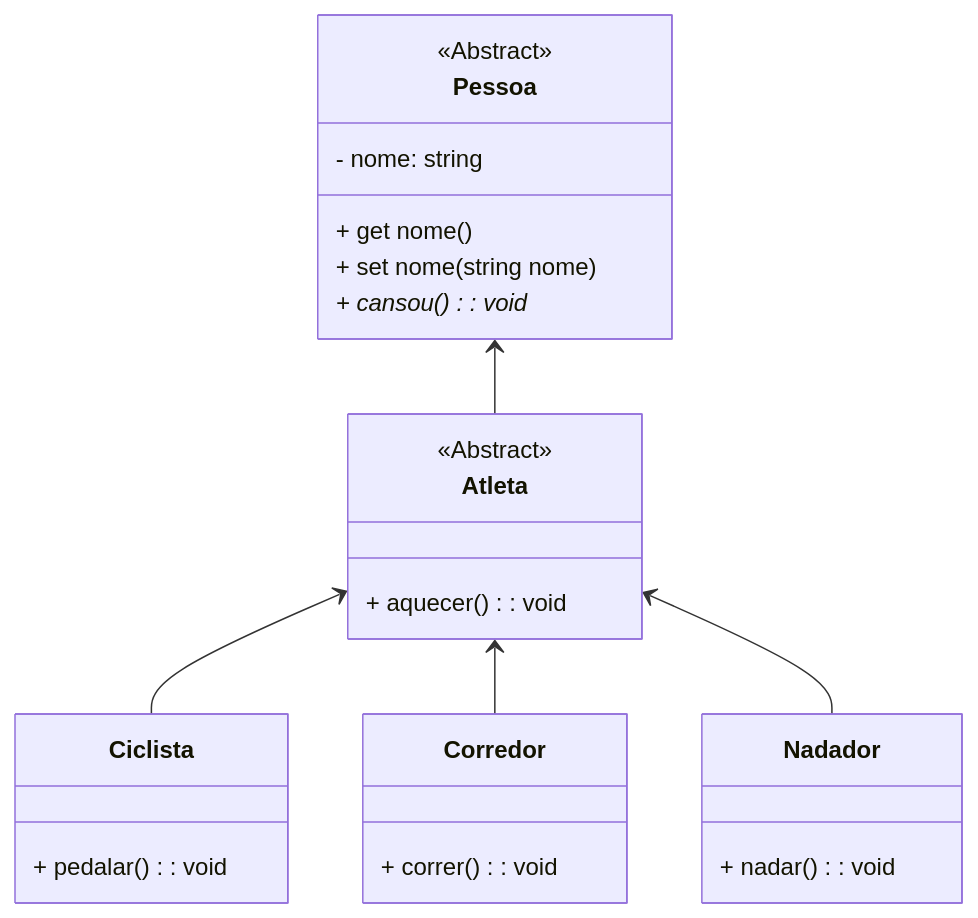
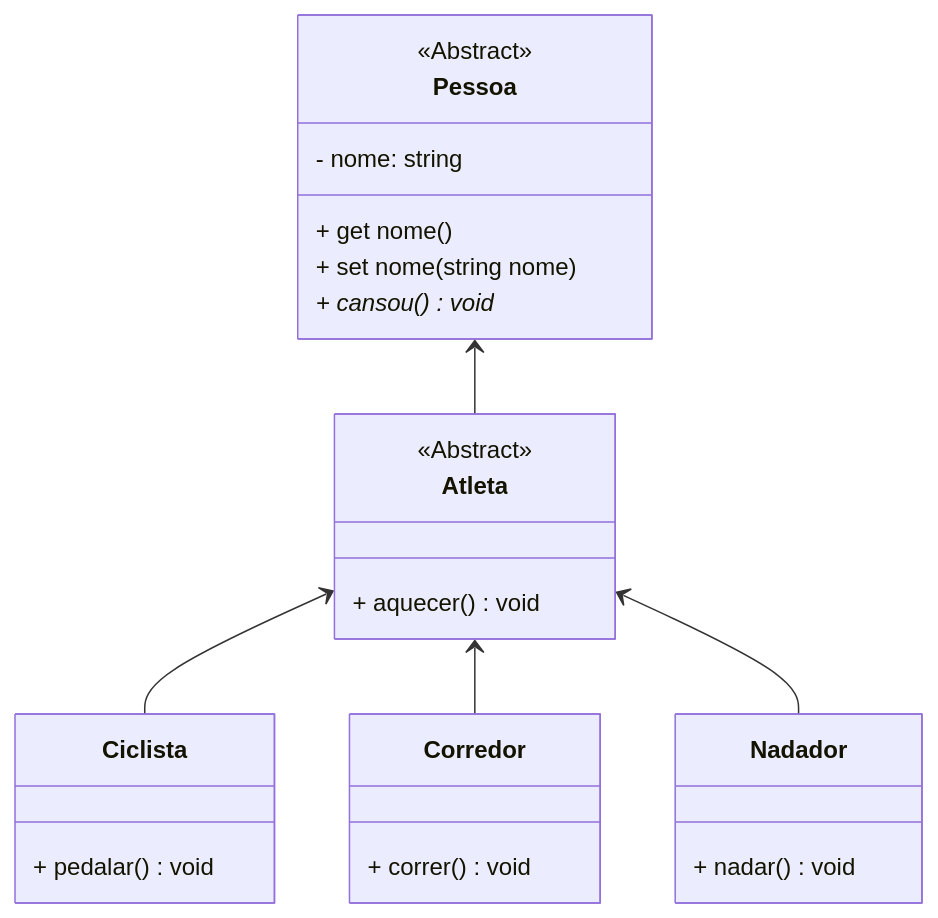
The diagram in 01_javascript/17.md (conteudoGeneration/cookbook_javascript), drawn with Mermaid before and after one commit.

````diff
--- a/01_javascript/17.md
+++ b/01_javascript/17.md
@@ -85,27 +85,27 @@
 ```mermaid
 classDiagram
 class Pessoa {
 <<Abstract>>
 - nome: string
 + get nome()
 + set nome(string nome)
-+ cansou(): void*
++ cansou() void*
 }
 class Atleta {
 <<Abstract>>
-+ aquecer(): void
++ aquecer() void
 }
 class Ciclista {
-+ pedalar(): void
++ pedalar() void
 }
 class Corredor {
-+ correr(): void
++ correr() void
 }
 class Nadador {
-+ nadar(): void
++ nadar() void
 }
 Pessoa <-- Atleta
 Atleta <-- Ciclista
 Atleta <-- Corredor
 Atleta <-- Nadador
 ```
````
